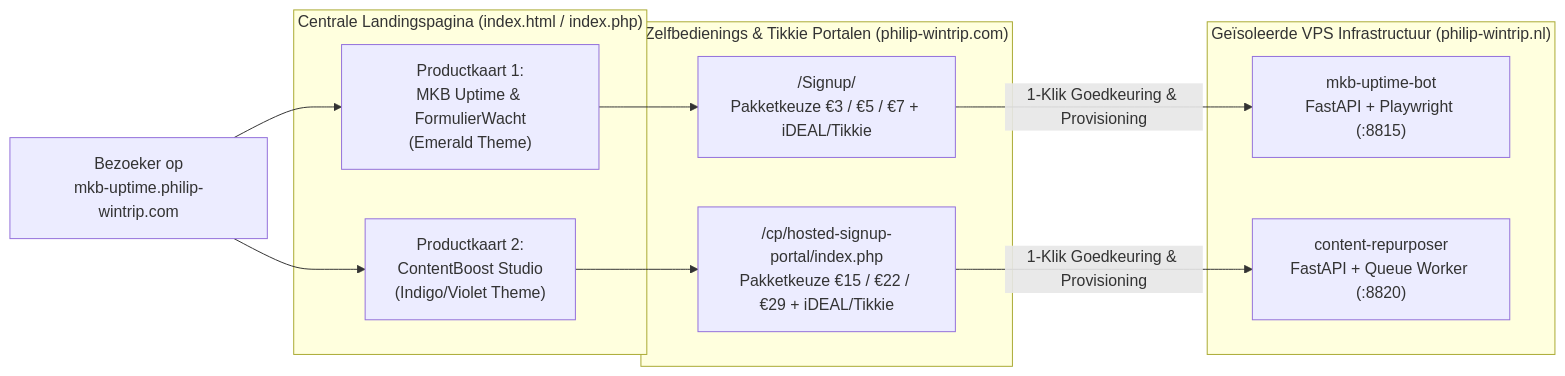
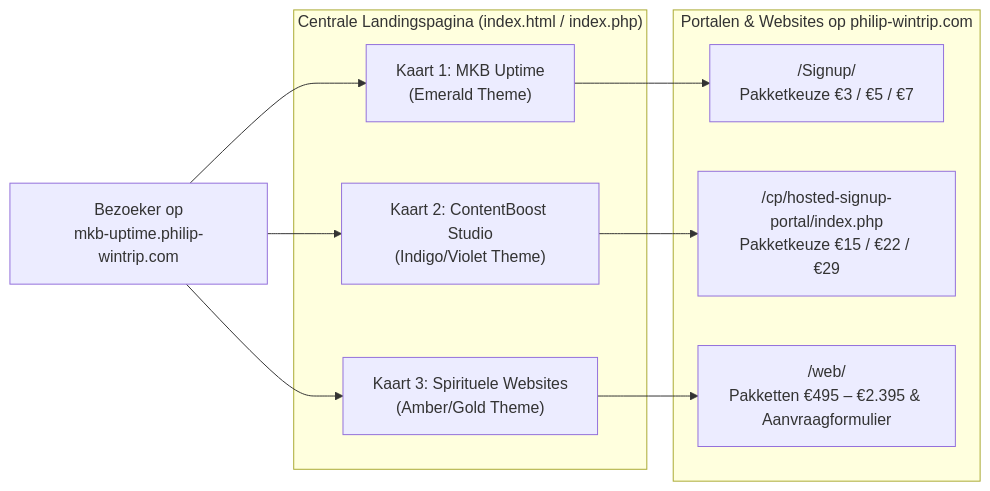
Before and after one commit to pwintri2/landingspagina: the diagram in README.md, drawn with Mermaid. The commit also changed other lines of this file and 4 other files, not shown here.

Commit message:
Feat: Add Websites voor het Spiritueel Vlak (philip-wintrip.com/web/) as 3rd option

````diff
--- a/README.md
+++ b/README.md
@@ -50,25 +67,21 @@
 ```mermaid
 flowchart LR
     Visitor["Bezoeker op<br/>mkb-uptime.philip-wintrip.com"]
 
     subgraph Landing["Centrale Landingspagina (index.html / index.php)"]
-        CardMKB["Productkaart 1:<br/>MKB Uptime & FormulierWacht<br/>(Emerald Theme)"]
-        CardCB["Productkaart 2:<br/>ContentBoost Studio<br/>(Indigo/Violet Theme)"]
+        CardMKB["Kaart 1: MKB Uptime<br/>(Emerald Theme)"]
+        CardCB["Kaart 2: ContentBoost Studio<br/>(Indigo/Violet Theme)"]
+        CardWeb["Kaart 3: Spirituele Websites<br/>(Amber/Gold Theme)"]
     end
 
-    subgraph Portals["Zelfbedienings & Tikkie Portalen (philip-wintrip.com)"]
-        SignupMKB["/Signup/<br/>Pakketkeuze €3 / €5 / €7 + iDEAL/Tikkie"]
-        SignupCB["/cp/hosted-signup-portal/index.php<br/>Pakketkeuze €15 / €22 / €29 + iDEAL/Tikkie"]
+    subgraph Portals["Portalen & Websites op philip-wintrip.com"]
+        SignupMKB["/Signup/<br/>Pakketkeuze €3 / €5 / €7"]
+        SignupCB["/cp/hosted-signup-portal/index.php<br/>Pakketkeuze €15 / €22 / €29"]
+        SiteWeb["/web/<br/>Pakketten €495 – €2.395 & Aanvraagformulier"]
     end
 
-    subgraph VPS["Geïsoleerde VPS Infrastructuur (philip-wintrip.nl)"]
-        BotVPS["mkb-uptime-bot<br/>FastAPI + Playwright (:8815)"]
-        StudioVPS["content-repurposer<br/>FastAPI + Queue Worker (:8820)"]
-    end
-
-    Visitor --> CardMKB & CardCB
+    Visitor --> CardMKB & CardCB & CardWeb
     CardMKB --> SignupMKB
     CardCB --> SignupCB
-    SignupMKB -->|1-Klik Goedkeuring & Provisioning| BotVPS
-    SignupCB -->|1-Klik Goedkeuring & Provisioning| StudioVPS
+    CardWeb --> SiteWeb
 ```
````
